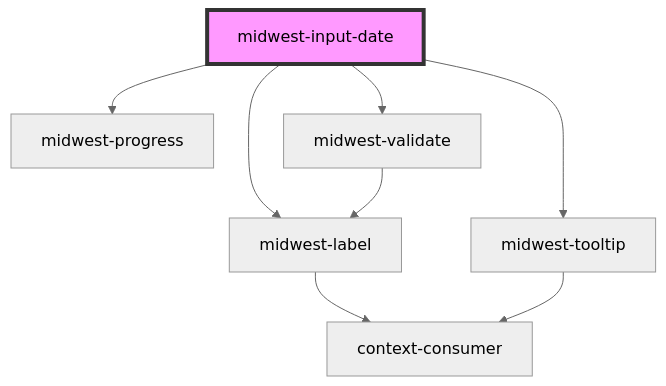
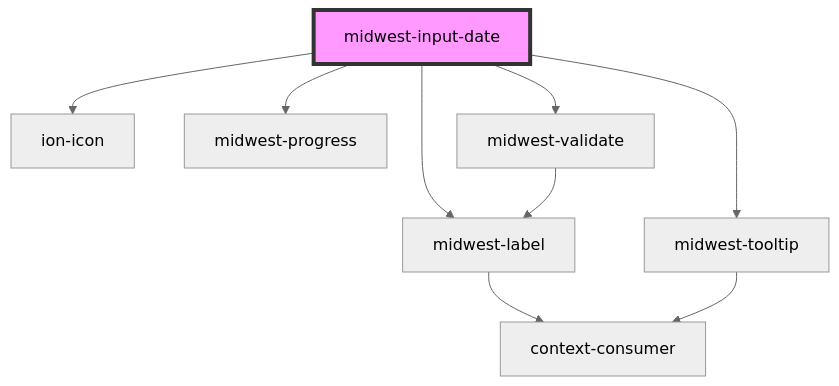
Before and after one commit to splitinfinities/Midwest: the diagram in packages/core/docs/components/forms/input-date/readme.md, drawn with Mermaid (neutral theme). The commit also changed other lines of this file and 388 other files, not shown here.

````diff
--- a/packages/core/docs/components/forms/input-date/readme.md
+++ b/packages/core/docs/components/forms/input-date/readme.md
@@ -127,11 +128,12 @@
 ```mermaid
 graph TD;
   midwest-input-date --> midwest-label
+  midwest-input-date --> ion-icon
   midwest-input-date --> midwest-progress
   midwest-input-date --> midwest-tooltip
   midwest-input-date --> midwest-validate
   midwest-label --> context-consumer
   midwest-tooltip --> context-consumer
   midwest-validate --> midwest-label
   style midwest-input-date fill:#f9f,stroke:#333,stroke-width:4px
 ```
````
